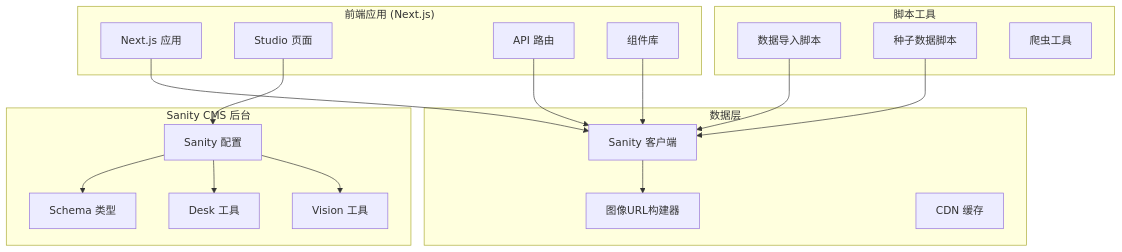
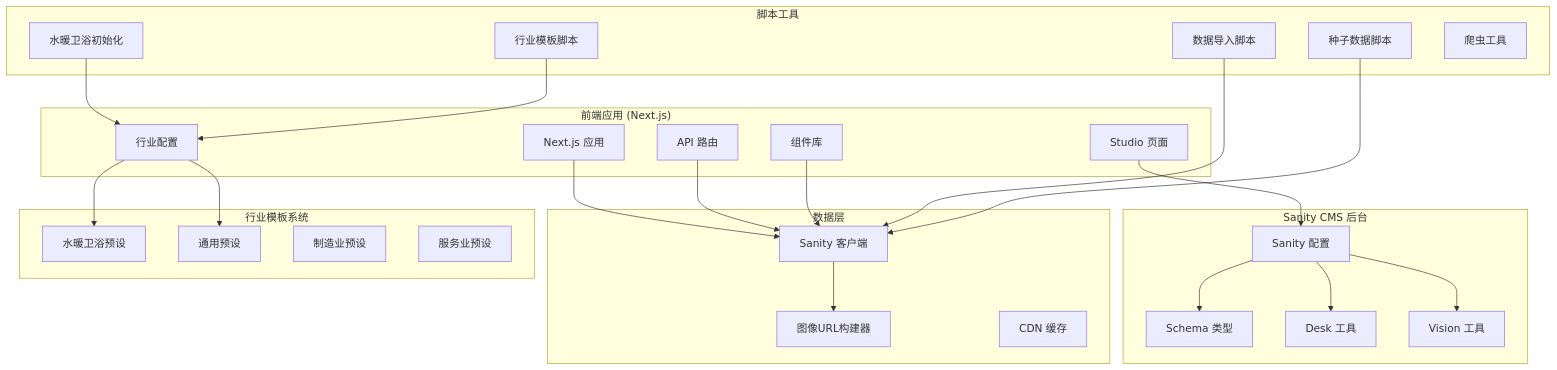
Before and after one commit to waltzhan/LEDTrade: the first of 12 diagrams in .qoder/repowiki/zh/content/Sanity内容管理系统/Sanity内容管理系统.md, drawn with Mermaid. The commit also changed other lines of this file and 20 other files, not shown here.

````diff
--- a/.qoder/repowiki/zh/content/Sanity内容管理系统/Sanity内容管理系统.md
+++ b/.qoder/repowiki/zh/content/Sanity内容管理系统/Sanity内容管理系统.md
@@ -49,35 +74,48 @@
 ```mermaid
 graph TB
 subgraph "前端应用 (Next.js)"
 FE_APP[Next.js 应用]
 STUDIO[Studio 页面]
 API[API 路由]
 COMPONENTS[组件库]
+INDUSTRY_CONFIG[行业配置]
 end
 subgraph "Sanity CMS 后台"
 SANITY_CONFIG[Sanity 配置]
 SCHEMA_TYPES[Schema 类型]
 DESK_TOOL[Desk 工具]
 VISION_TOOL[Vision 工具]
 end
 subgraph "数据层"
 SANITY_CLIENT[Sanity 客户端]
 IMAGE_URL_BUILDER[图像URL构建器]
 CDN[CDN 缓存]
 end
 subgraph "脚本工具"
 IMPORT_SCRIPT[数据导入脚本]
 SEED_SCRIPT[种子数据脚本]
+PLUMBING_SETUP[水暖卫浴初始化]
+INDUSTRY_SETUP[行业模板脚本]
 CRAWLER[爬虫工具]
+end
+subgraph "行业模板系统"
+PLUMBING_PRESET[水暖卫浴预设]
+GENERIC_PRESET[通用预设]
+MANUFACTURING_PRESET[制造业预设]
+SERVICE_PRESET[服务业预设]
 end
 FE_APP --> SANITY_CLIENT
 STUDIO --> SANITY_CONFIG
 API --> SANITY_CLIENT
 COMPONENTS --> SANITY_CLIENT
+INDUSTRY_CONFIG --> PLUMBING_PRESET
+INDUSTRY_CONFIG --> GENERIC_PRESET
 SANITY_CONFIG --> SCHEMA_TYPES
 SANITY_CONFIG --> DESK_TOOL
 SANITY_CONFIG --> VISION_TOOL
 SANITY_CLIENT --> IMAGE_URL_BUILDER
 IMPORT_SCRIPT --> SANITY_CLIENT
 SEED_SCRIPT --> SANITY_CLIENT
+PLUMBING_SETUP --> INDUSTRY_CONFIG
+INDUSTRY_SETUP --> INDUSTRY_CONFIG
 ```
````
